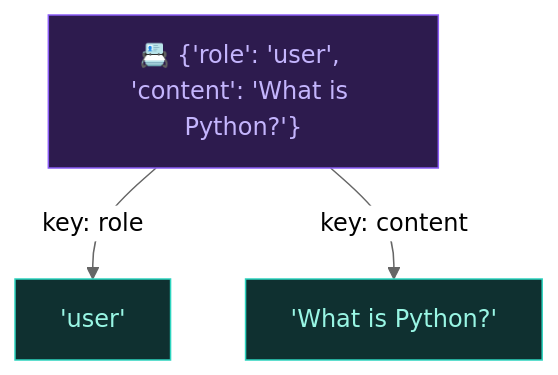
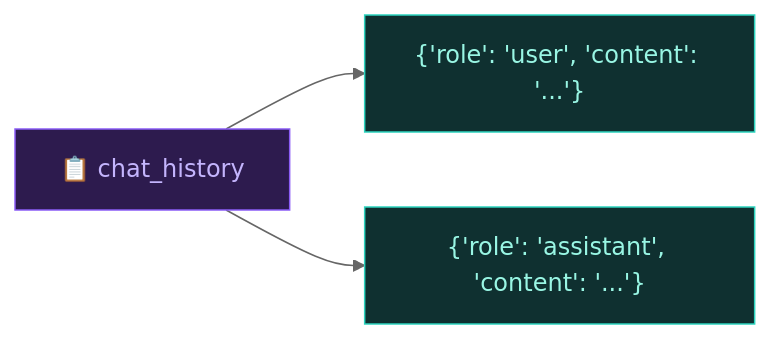
Before and after one commit to abdulsamadxai/02_Python_Basics_Guide: the first of 3 diagrams in README.md, drawn with Mermaid (neutral theme). The commit also changed other lines of this file, not shown here.

````diff
--- a/README.md
+++ b/README.md
@@ -186,9 +140,8 @@
 ```mermaid
-flowchart TD
-    D["📇 {'role': 'user', 'content': 'What is Python?'}"]:::purple
-    D -->|key: role| K1["'user'"]:::teal
-    D -->|key: content| K2["'What is Python?'"]:::teal
+flowchart LR
+    A["📋 chat_history"]:::purple --> B["{'role': 'user', 'content': '...'}"]:::teal
+    A --> C["{'role': 'assistant', 'content': '...'}"]:::teal
 
     classDef purple fill:#2d1b4e,stroke:#8b5cf6,color:#c4b5fd
     classDef teal fill:#0f3030,stroke:#2dd4bf,color:#99f6e4
 ```
````
